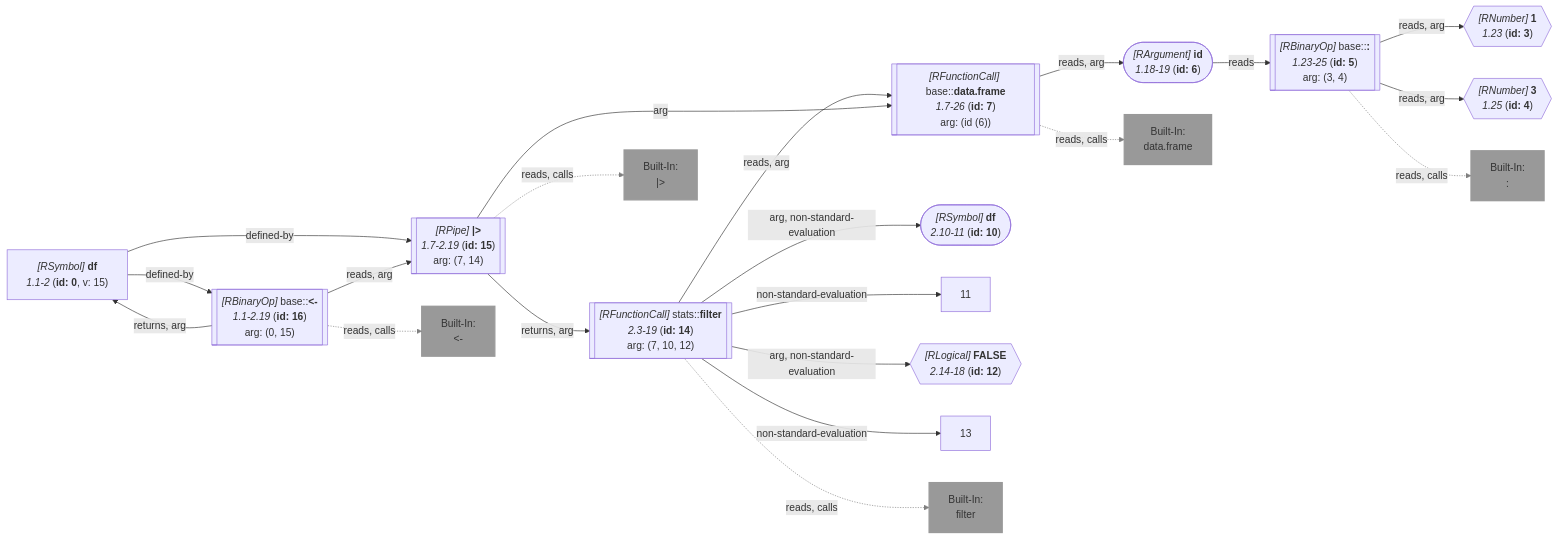
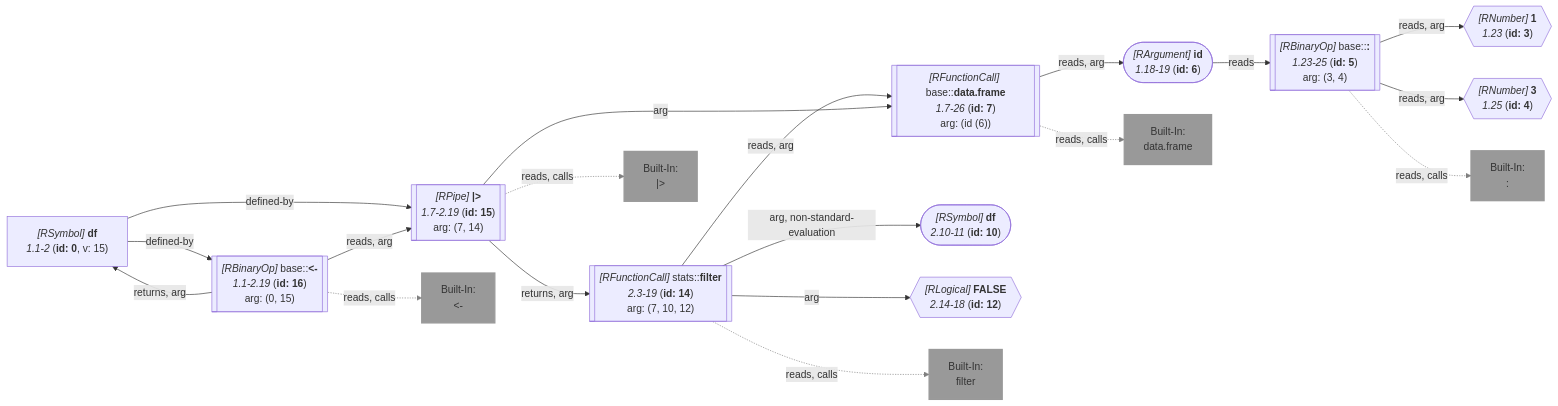
The first of 2 diagrams in wiki/[Query] Abstract Interpretation.md (flowr-analysis/flowr), drawn with Mermaid before and after one commit. The commit also changed other lines of this file and 91 other files, not shown here.

````diff
--- a/wiki/[Query] Abstract Interpretation.md
+++ b/wiki/[Query] Abstract Interpretation.md
@@ -127,74 +127,72 @@
 ```mermaid
 flowchart LR
     3{{"`*#91;RNumber#93;* **1**
       *1.23* (**id: 3**)`"}}
    %% No edges found for 3
     4{{"`*#91;RNumber#93;* **3**
       *1.25* (**id: 4**)`"}}
    %% No edges found for 4
     5[["`*#91;RBinaryOp#93;* base#58;#58;**#58;**
       *1.23-25* (**id: 5**)
     arg: (3, 4)`"]]
     built-in::["`Built-In:
 #58;`"]
     style built-in:: stroke:gray,fill:gray,stroke-width:2px,opacity:.8;
     6(["`*#91;RArgument#93;* **id**
       *1.18-19* (**id: 6**)`"])
     7[["`*#91;RFunctionCall#93;* base#58;#58;**data.frame**
       *1.7-26* (**id: 7**)
     arg: (id (6))`"]]
     built-in:data.frame["`Built-In:
 data.frame`"]
     style built-in:data.frame stroke:gray,fill:gray,stroke-width:2px,opacity:.8;
     10(["`*#91;RSymbol#93;* **df**
       *2.10-11* (**id: 10**)`"])
    %% No edges found for 10
     12{{"`*#91;RLogical#93;* **FALSE**
       *2.14-18* (**id: 12**)`"}}
    %% No edges found for 12
     14[["`*#91;RFunctionCall#93;* stats#58;#58;**filter**
       *2.3-19* (**id: 14**)
     arg: (7, 10, 12)`"]]
     built-in:filter["`Built-In:
 filter`"]
     style built-in:filter stroke:gray,fill:gray,stroke-width:2px,opacity:.8;
     15[["`*#91;RPipe#93;* **|#62;**
       *1.7-2.19* (**id: 15**)
     arg: (7, 14)`"]]
     built-in:__["`Built-In:
 |#62;`"]
     style built-in:__ stroke:gray,fill:gray,stroke-width:2px,opacity:.8;
     0["`*#91;RSymbol#93;* **df**
       *1.1-2* (**id: 0**, v: 15)`"]
     16[["`*#91;RBinaryOp#93;* base#58;#58;**#60;#45;**
       *1.1-2.19* (**id: 16**)
     arg: (0, 15)`"]]
     built-in:_-["`Built-In:
 #60;#45;`"]
     style built-in:_- stroke:gray,fill:gray,stroke-width:2px,opacity:.8;
     5 -->|"reads, arg"| 3
     5 -->|"reads, arg"| 4
     5 -.->|"reads, calls"| built-in::
     linkStyle 2 stroke:gray;
     6 -->|"reads"| 5
     7 -->|"reads, arg"| 6
     7 -.->|"reads, calls"| built-in:data.frame
     linkStyle 5 stroke:gray;
     14 -->|"arg, non-standard-evaluation"| 10
-    14 -->|"arg, non-standard-evaluation"| 12
+    14 -->|"arg"| 12
     14 -->|"reads, arg"| 7
-    14 -->|"non-standard-evaluation"| 11
-    14 -->|"non-standard-evaluation"| 13
     14 -.->|"reads, calls"| built-in:filter
-    linkStyle 11 stroke:gray;
+    linkStyle 9 stroke:gray;
     15 -->|"arg"| 7
     15 -->|"returns, arg"| 14
     15 -.->|"reads, calls"| built-in:__
-    linkStyle 14 stroke:gray;
+    linkStyle 12 stroke:gray;
     0 -->|"defined-by"| 15
     0 -->|"defined-by"| 16
     16 -->|"reads, arg"| 15
     16 -->|"returns, arg"| 0
     16 -.->|"reads, calls"| built-in:_-
-    linkStyle 19 stroke:gray;
+    linkStyle 17 stroke:gray;
 ```
````
